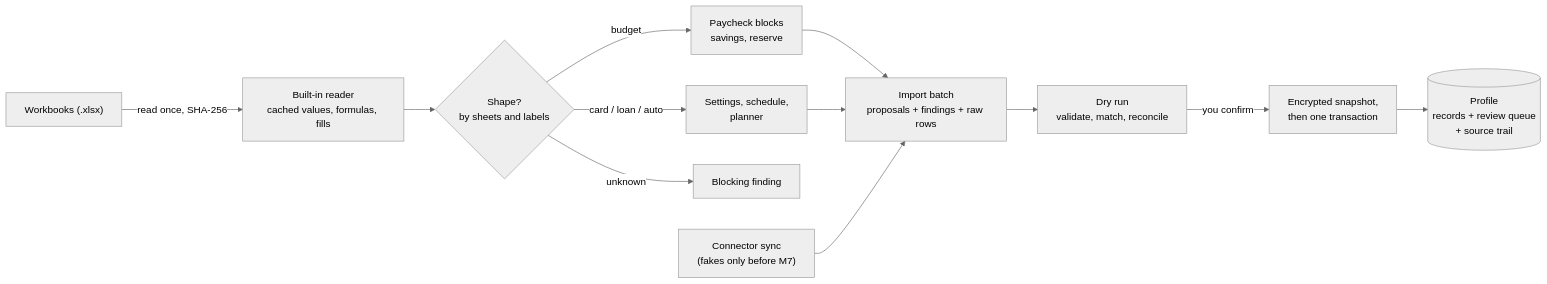
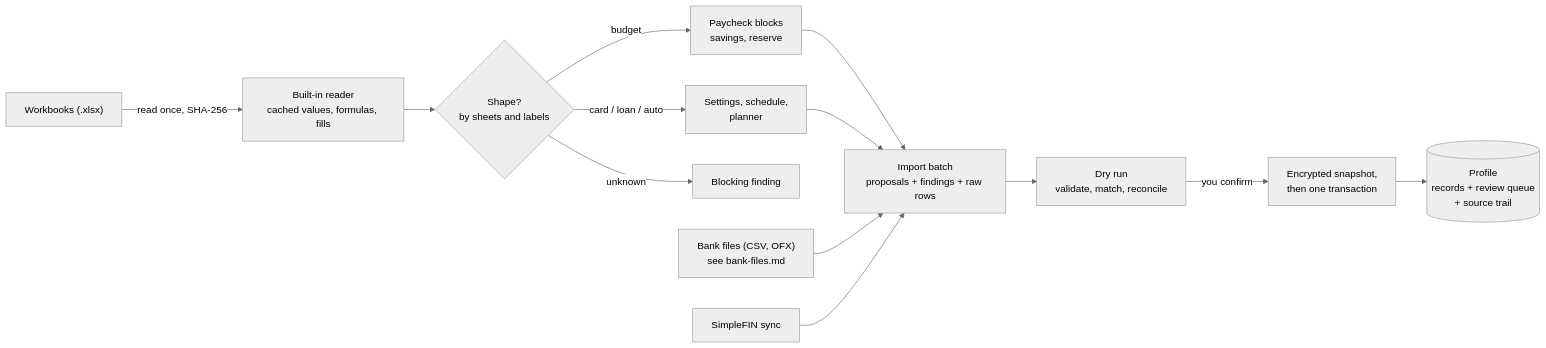
The diagram in docs/operations/workbook-import.md (hazeliscoding/mossmint), drawn with Mermaid (neutral theme) before and after one commit.

Commit message:
docs: bank files and SimpleFIN in the import pipeline diagram

````diff
--- a/docs/operations/workbook-import.md
+++ b/docs/operations/workbook-import.md
@@ -7,14 +7,15 @@
 ```mermaid
 flowchart LR
     files["Workbooks (.xlsx)"] -->|"read once, SHA-256"| reader["Built-in reader<br/>cached values, formulas, fills"]
     reader --> shapes{"Shape?<br/>by sheets and labels"}
     shapes -->|budget| budget["Paycheck blocks<br/>savings, reserve"]
     shapes -->|card / loan / auto| debts["Settings, schedule,<br/>planner"]
     shapes -->|unknown| block["Blocking finding"]
     budget --> batch["Import batch<br/>proposals + findings + raw rows"]
     debts --> batch
-    connectors["Connector sync<br/>(fakes only before M7)"] --> batch
+    bankfiles["Bank files (CSV, OFX)<br/>see bank-files.md"] --> batch
+    connectors["SimpleFIN sync"] --> batch
     batch --> plan["Dry run<br/>validate, match, reconcile"]
     plan -->|"you confirm"| commit["Encrypted snapshot,<br/>then one transaction"]
     commit --> profile[("Profile<br/>records + review queue<br/>+ source trail")]
 ```
````
